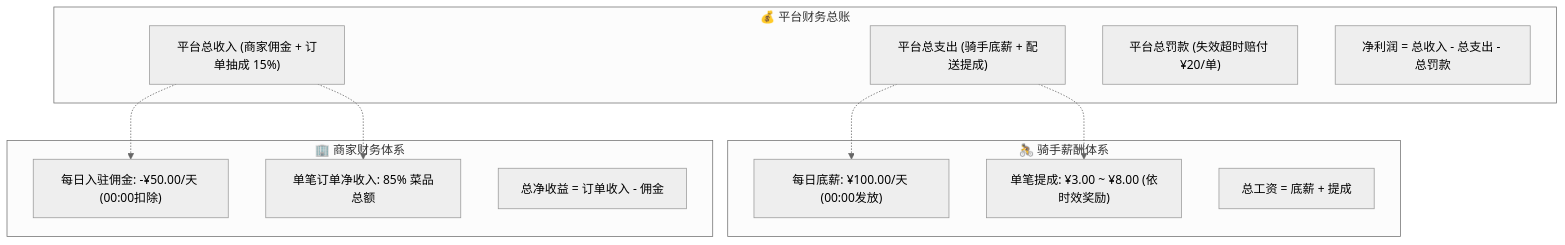
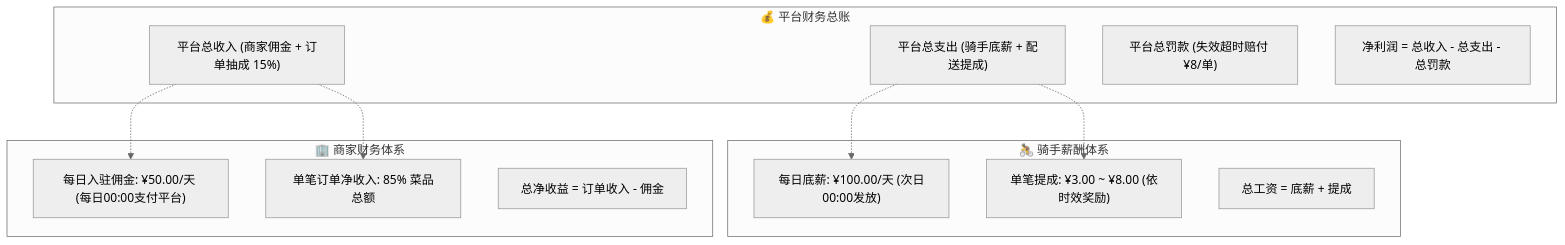
Before and after one commit to EricYFY/meileme: the third of 3 diagrams in README.md, drawn with Mermaid (neutral theme). The commit also changed other lines of this file and 5 other files, not shown here.

````diff
--- a/README.md
+++ b/README.md
@@ -241,26 +242,26 @@
 ```mermaid
 flowchart TD
     subgraph 平台总账 [💰 平台财务总账]
         Rev["平台总收入 (商家佣金 + 订单抽成 15%)"]
         Exp["平台总支出 (骑手底薪 + 配送提成)"]
-        Fin["平台总罚款 (失效超时赔付 ¥20/单)"]
+        Fin["平台总罚款 (失效超时赔付 ¥8/单)"]
         Net["净利润 = 总收入 - 总支出 - 总罚款"]
     end
 
     subgraph 骑手收入 [🚴 骑手薪酬体系]
-        RBase["每日底薪: ¥100.00/天 (00:00发放)"]
+        RBase["每日底薪: ¥100.00/天 (次日00:00发放)"]
         RBonus["单笔提成: ¥3.00 ~ ¥8.00 (依时效奖励)"]
         RTot["总工资 = 底薪 + 提成"]
     end
 
     subgraph 商家收支 [🏢 商家财务体系]
-        MComm["每日入驻佣金: -¥50.00/天 (00:00扣除)"]
+        MComm["每日入驻佣金: ¥50.00/天 (每日00:00支付平台)"]
         MRev["单笔订单净收入: 85% 菜品总额"]
         MNet["总净收益 = 订单收入 - 佣金"]
     end
 
     Rev -.-> MComm
     Rev -.-> MRev
     Exp -.-> RBase
     Exp -.-> RBonus
 ```
````
